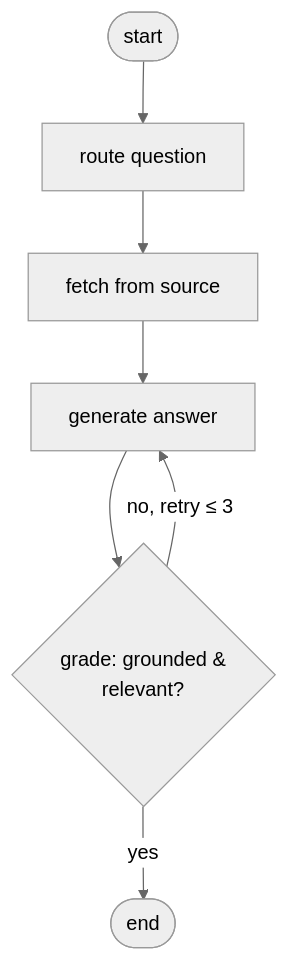
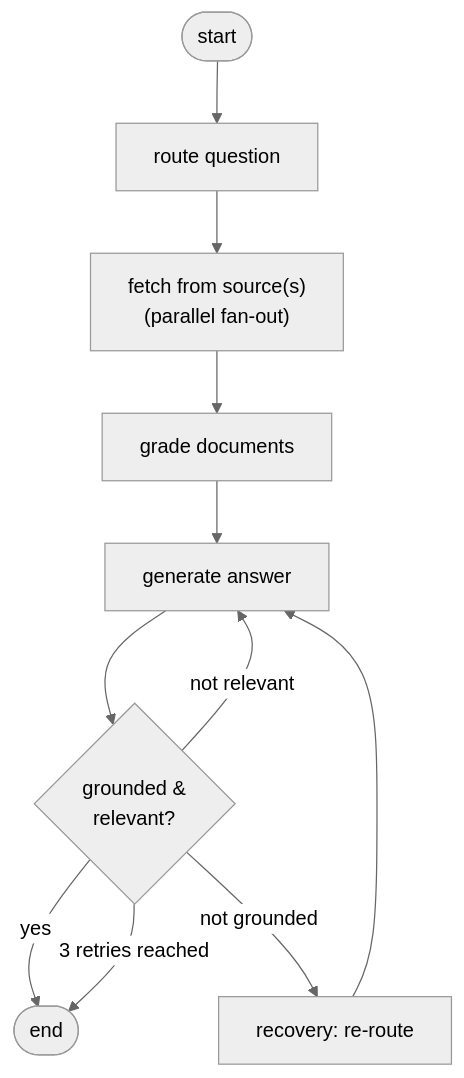
One commit to SalahJamal1/Agentic-RAG-Nexus changed the first of 2 diagrams in README.md. Above: the diagram before and after it, drawn with Mermaid (neutral theme). The commit also changed other lines of this file and 16 other files, not shown here.

````diff
--- a/README.md
+++ b/README.md
@@ -38,9 +39,13 @@
 ```mermaid
 flowchart TD
     start([start]) --> route[route question]
-    route --> fetch[fetch from source]
-    fetch --> generate[generate answer]
-    generate --> grade{grade: grounded &<br/>relevant?}
+    route --> fetch["fetch from source(s)<br/>(parallel fan-out)"]
+    fetch --> grade_docs[grade documents]
+    grade_docs --> generate[generate answer]
+    generate --> grade{grounded &<br/>relevant?}
     grade -->|yes| end_([end])
-    grade -->|no, retry ≤ 3| generate
+    grade -->|not grounded| recover[recovery: re-route]
+    recover --> generate
+    grade -->|not relevant| generate
+    grade -->|3 retries reached| end_
 ```
````
